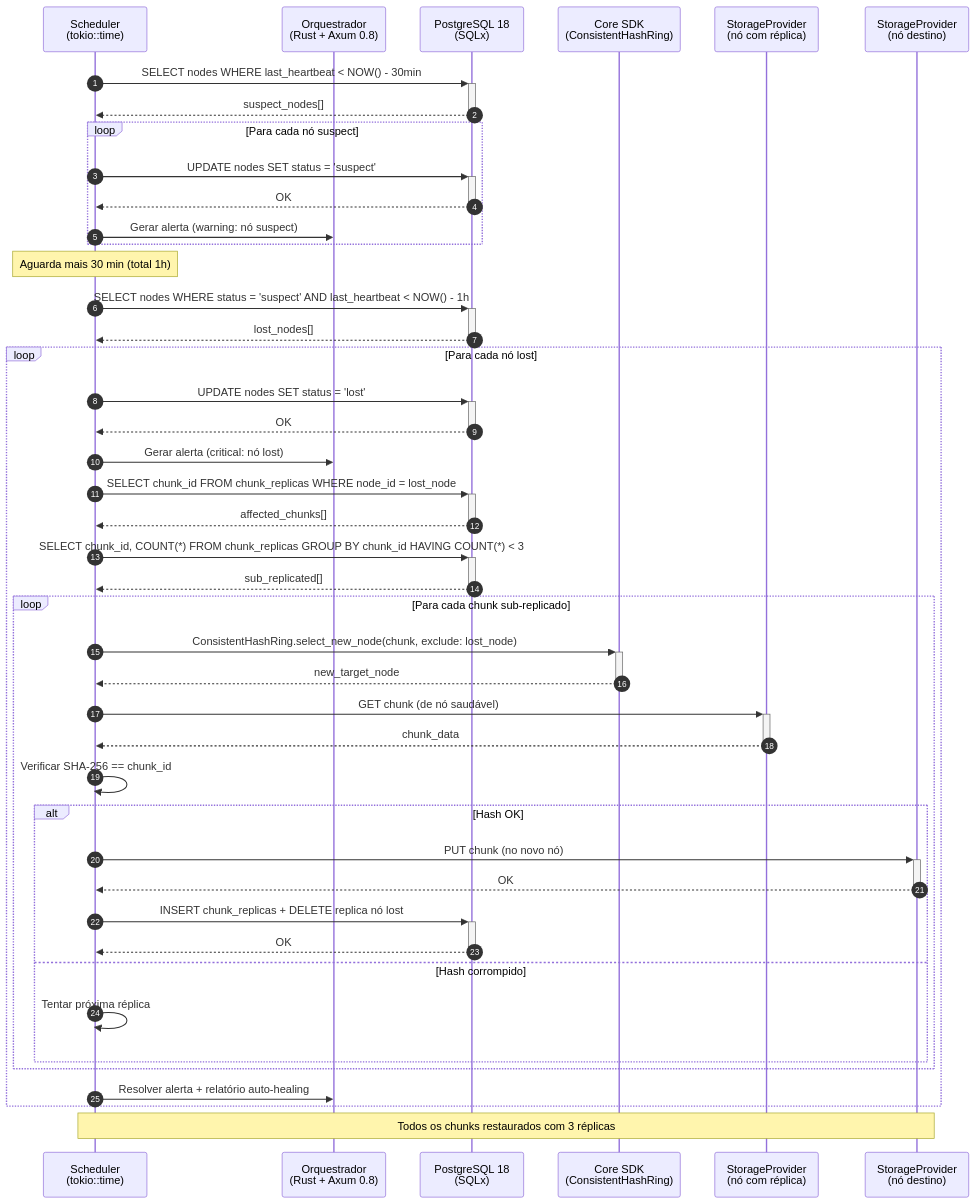
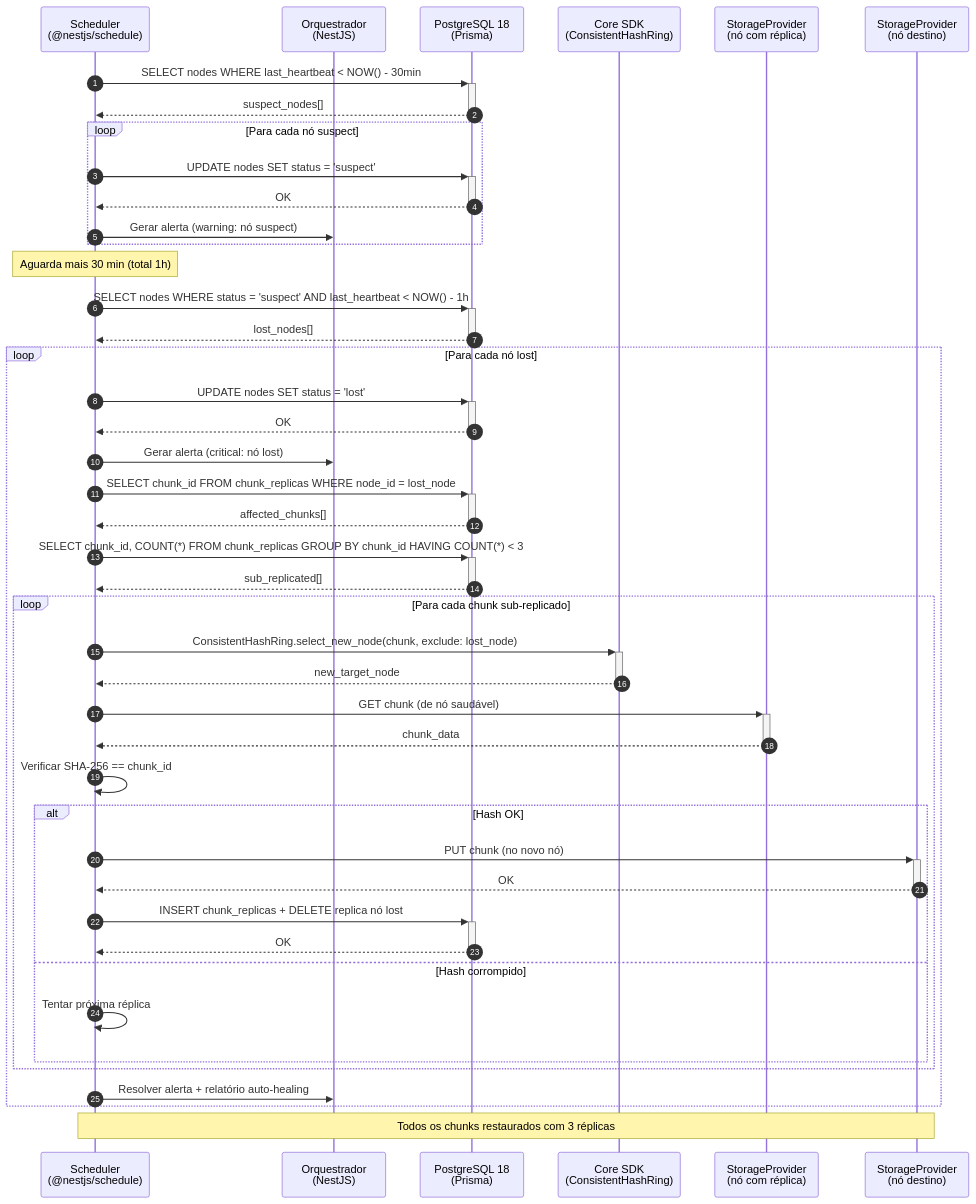
Before and after one commit to DouglasPrado/alexandria: the diagram in docs/diagrams/sequences/auto-healing.mmd, drawn with Mermaid. The commit also changed 160 other files, not shown here.

```diff
--- a/docs/diagrams/sequences/auto-healing.mmd
+++ b/docs/diagrams/sequences/auto-healing.mmd
@@ -1,65 +1,65 @@
 %% Fluxo: Auto-Healing (Nó Perdido)
 %% Referência: docs/blueprint/07-critical_flows.md
 
 sequenceDiagram
     autonumber
 
-    participant Sched as Scheduler<br/>(tokio::time)
-    participant API as Orquestrador<br/>(Rust + Axum 0.8)
-    participant DB as PostgreSQL 18<br/>(SQLx)
+    participant Sched as Scheduler<br/>(@nestjs/schedule)
+    participant API as Orquestrador<br/>(NestJS)
+    participant DB as PostgreSQL 18<br/>(Prisma)
     participant SDK as Core SDK<br/>(ConsistentHashRing)
     participant S3src as StorageProvider<br/>(nó com réplica)
     participant S3dst as StorageProvider<br/>(nó destino)
 
     %% Detecção
     Sched ->>+ DB: SELECT nodes WHERE last_heartbeat < NOW() - 30min
     DB -->>- Sched: suspect_nodes[]
 
     loop Para cada nó suspect
         Sched ->>+ DB: UPDATE nodes SET status = 'suspect'
         DB -->>- Sched: OK
         Sched ->> API: Gerar alerta (warning: nó suspect)
     end
 
     Note over Sched: Aguarda mais 30 min (total 1h)
 
     Sched ->>+ DB: SELECT nodes WHERE status = 'suspect' AND last_heartbeat < NOW() - 1h
     DB -->>- Sched: lost_nodes[]
 
     loop Para cada nó lost
         Sched ->>+ DB: UPDATE nodes SET status = 'lost'
         DB -->>- Sched: OK
         Sched ->> API: Gerar alerta (critical: nó lost)
 
         %% Identificar chunks afetados
         Sched ->>+ DB: SELECT chunk_id FROM chunk_replicas WHERE node_id = lost_node
         DB -->>- Sched: affected_chunks[]
 
         Sched ->>+ DB: SELECT chunk_id, COUNT(*) FROM chunk_replicas GROUP BY chunk_id HAVING COUNT(*) < 3
         DB -->>- Sched: sub_replicated[]
 
         loop Para cada chunk sub-replicado
             Sched ->>+ SDK: ConsistentHashRing.select_new_node(chunk, exclude: lost_node)
             SDK -->>- Sched: new_target_node
 
             %% Copiar de réplica existente
             Sched ->>+ S3src: GET chunk (de nó saudável)
             S3src -->>- Sched: chunk_data
 
             Sched ->> Sched: Verificar SHA-256 == chunk_id
 
             alt Hash OK
                 Sched ->>+ S3dst: PUT chunk (no novo nó)
                 S3dst -->>- Sched: OK
 
                 Sched ->>+ DB: INSERT chunk_replicas + DELETE replica nó lost
                 DB -->>- Sched: OK
             else Hash corrompido
                 Sched ->> Sched: Tentar próxima réplica
             end
         end
 
         Sched ->> API: Resolver alerta + relatório auto-healing
     end
 
     Note over Sched, S3dst: Todos os chunks restaurados com 3 réplicas
```
